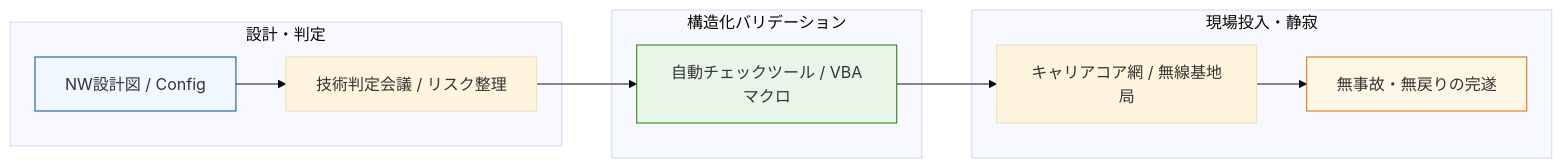
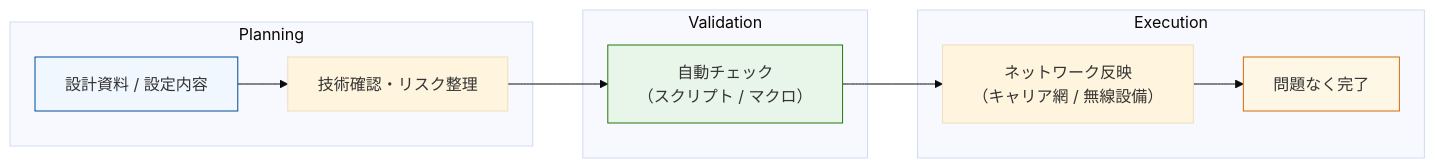
Before and after one commit to conti0513/development_public: the diagram in projects/06_carrier_network_design/README.md, drawn with Mermaid (base theme). The commit also changed other lines of this file, not shown here.

Commit message:
docs: organize README and refine technical logs

````diff
--- a/projects/06_carrier_network_design/README.md
+++ b/projects/06_carrier_network_design/README.md
@@ -13,20 +13,20 @@
 ```mermaid
 graph LR
-    subgraph Planning [設計・判定]
-        Design[NW設計図 / Config] --> Review[技術判定会議 / リスク整理]
+    subgraph Planning
+        A["設計資料 / 設定内容"] --> B["技術確認・リスク整理"]
     end
 
-    subgraph Validation [構造化バリデーション]
-        Review --> Script[自動チェックツール / VBAマクロ]
+    subgraph Validation
+        B --> C["自動チェック<br/>（スクリプト / マクロ）"]
     end
 
-    subgraph Execution [現場投入・静寂]
-        Script --> NW[キャリアコア網 / 無線基地局]
-        NW --> Quality[無事故・無戻りの完遂]
+    subgraph Execution
+        C --> D["ネットワーク反映<br/>（キャリア網 / 無線設備）"]
+        D --> E["問題なく完了"]
     end
 
-    style Script fill:#e8f5e9,stroke:#237804,stroke-width:1px
-    style Design fill:#f0f7ff,stroke:#004a99,stroke-width:1px
-    style Quality fill:#fff7e6,stroke:#d46b08,stroke-width:1px
+    style A fill:#f0f7ff,stroke:#004a99,stroke-width:1px
+    style C fill:#e8f5e9,stroke:#237804,stroke-width:1px
+    style E fill:#fff7e6,stroke:#d46b08,stroke-width:1px
 
 ```
````
